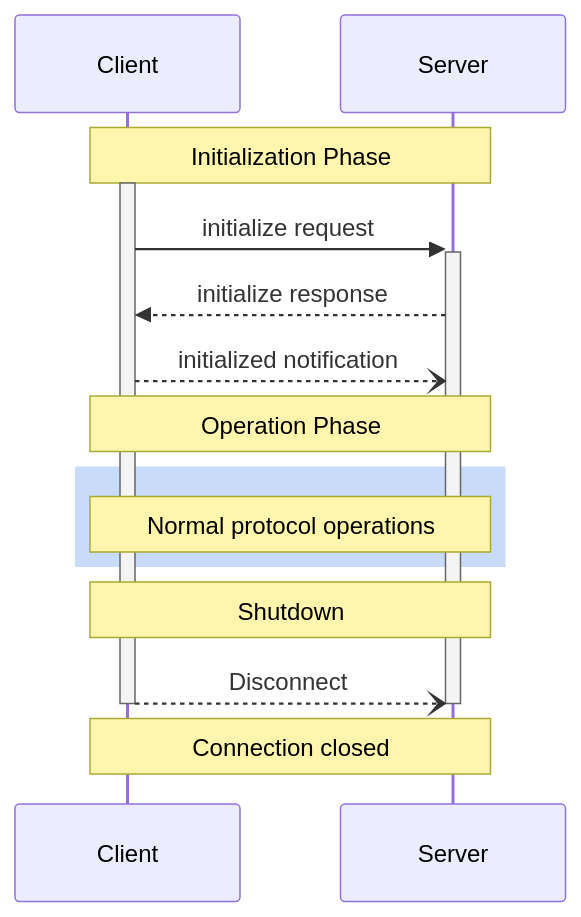
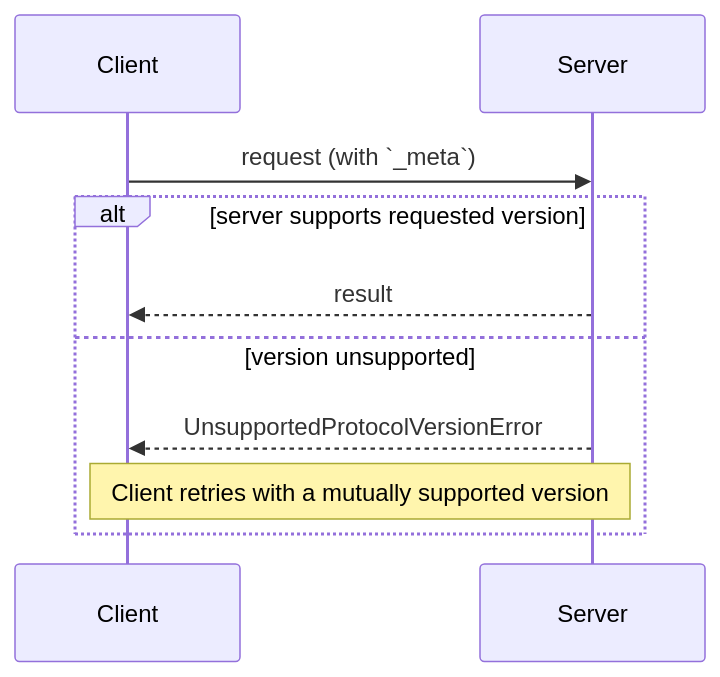
The diagram in mcp_ecosystem__model_context_protocol/official_mcp_repositories__anthropic/modelcontextprotocol/docs/specification/draft/basic/lifecycle.mdx (HIDORAKAI002/ai-workspace-archive), drawn with Mermaid before and after one commit. The commit also changed other lines of this file and 3896 other files, not shown here.

````diff
--- a/mcp_ecosystem__model_context_protocol/official_mcp_repositories__anthropic/modelcontextprotocol/docs/specification/draft/basic/lifecycle.mdx
+++ b/mcp_ecosystem__model_context_protocol/official_mcp_repositories__anthropic/modelcontextprotocol/docs/specification/draft/basic/lifecycle.mdx
@@ -14,21 +34,13 @@
 ```mermaid
 sequenceDiagram
     participant Client
     participant Server
 
-    Note over Client,Server: Initialization Phase
-    activate Client
-    Client->>+Server: initialize request
-    Server-->>Client: initialize response
-    Client--)Server: initialized notification
-
-    Note over Client,Server: Operation Phase
-    rect rgb(200, 220, 250)
-        note over Client,Server: Normal protocol operations
+    Client->>Server: request (with `_meta`)
+    alt server supports requested version
+        Server-->>Client: result
+    else version unsupported
+        Server-->>Client: UnsupportedProtocolVersionError
+        Note over Client,Server: Client retries with a mutually supported version
     end
-
-    Note over Client,Server: Shutdown
-    Client--)-Server: Disconnect
-    deactivate Server
-    Note over Client,Server: Connection closed
 ```
````
